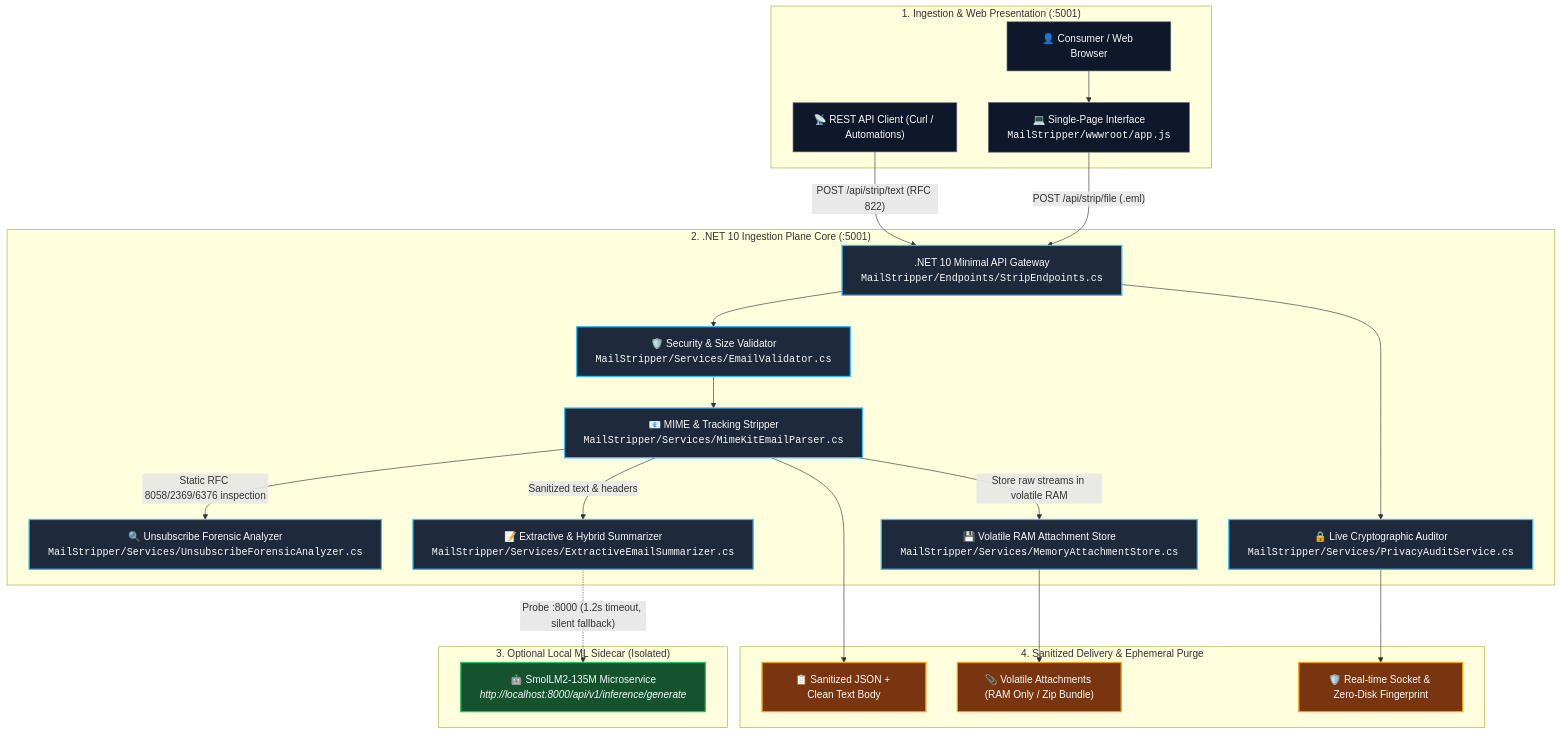
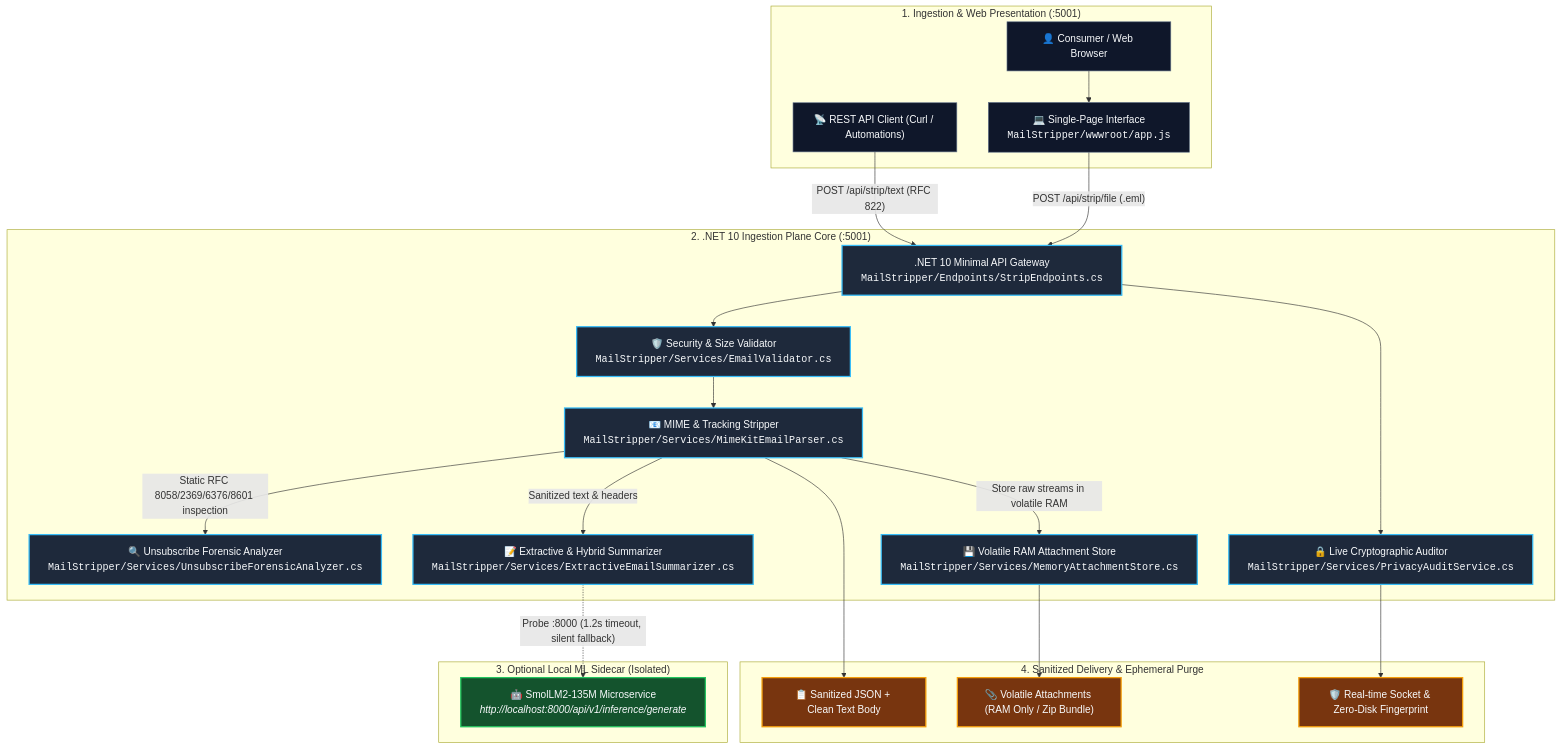
The first of 2 diagrams in docs/ARCHITECTURE.md (knowthankyew/mail-stripper), drawn with Mermaid before and after one commit. The commit also changed other lines of this file, not shown here.

Commit message:
docs(architecture): update diagram-meta to c572ec9 and document Milestone 1.5 components

````diff
--- a/docs/ARCHITECTURE.md
+++ b/docs/ARCHITECTURE.md
@@ -24,54 +24,54 @@
 ```mermaid
 flowchart TD
     subgraph ClientLayer["1. Ingestion & Web Presentation (:5001)"]
         User["👤 Consumer / Web Browser"]
         ClientApp["💻 Single-Page Interface<br/><code>MailStripper/wwwroot/app.js</code>"]
         APIClient["📡 REST API Client (Curl / Automations)"]
     end
 
     subgraph ServiceCore["2. .NET 10 Ingestion Plane Core (:5001)"]
         API[".NET 10 Minimal API Gateway<br/><code>MailStripper/Endpoints/StripEndpoints.cs</code>"]
         Parser["📧 MIME & Tracking Stripper<br/><code>MailStripper/Services/MimeKitEmailParser.cs</code>"]
         Validator["🛡️ Security & Size Validator<br/><code>MailStripper/Services/EmailValidator.cs</code>"]
         UnsubForensics["🔍 Unsubscribe Forensic Analyzer<br/><code>MailStripper/Services/UnsubscribeForensicAnalyzer.cs</code>"]
         MemStore["💾 Volatile RAM Attachment Store<br/><code>MailStripper/Services/MemoryAttachmentStore.cs</code>"]
         Summarizer["📝 Extractive & Hybrid Summarizer<br/><code>MailStripper/Services/ExtractiveEmailSummarizer.cs</code>"]
         PrivacyAudit["🔒 Live Cryptographic Auditor<br/><code>MailStripper/Services/PrivacyAuditService.cs</code>"]
     end
 
     subgraph Sidecar["3. Optional Local ML Sidecar (Isolated)"]
         MLSidecar["🤖 SmolLM2-135M Microservice<br/><i>http://localhost:8000/api/v1/inference/generate</i>"]
     end
 
     subgraph Output["4. Sanitized Delivery & Ephemeral Purge"]
         CleanResult["📋 Sanitized JSON + Clean Text Body"]
         Attachments["📎 Volatile Attachments (RAM Only / Zip Bundle)"]
         AuditEndpoint["🛡️ Real-time Socket & Zero-Disk Fingerprint"]
     end
 
     %% Flow
     User --> ClientApp
     ClientApp -->|"POST /api/strip/file (.eml)"| API
     APIClient -->|"POST /api/strip/text (RFC 822)"| API
     API --> Validator
     Validator --> Parser
-    Parser -->|"Static RFC 8058/2369/6376 inspection"| UnsubForensics
+    Parser -->|"Static RFC 8058/2369/6376/8601 inspection"| UnsubForensics
     Parser -->|"Store raw streams in volatile RAM"| MemStore
     Parser -->|"Sanitized text & headers"| Summarizer
     Summarizer -.->|"Probe :8000 (1.2s timeout, silent fallback)"| MLSidecar
     API --> PrivacyAudit
 
     Parser --> CleanResult
     MemStore --> Attachments
     PrivacyAudit --> AuditEndpoint
 
     classDef client fill:#0f172a,stroke:#64748b,stroke-width:1px,color:#f8fafc;
     classDef core fill:#1e293b,stroke:#38bdf8,stroke-width:2px,color:#f8fafc;
     classDef sidecar fill:#14532d,stroke:#22c55e,stroke-width:2px,color:#f8fafc;
     classDef output fill:#78350f,stroke:#f59e0b,stroke-width:2px,color:#f8fafc;
 
     class User,ClientApp,APIClient client;
     class API,Parser,Validator,UnsubForensics,MemStore,Summarizer,PrivacyAudit core;
     class MLSidecar sidecar;
     class CleanResult,Attachments,AuditEndpoint output;
 ```
````
